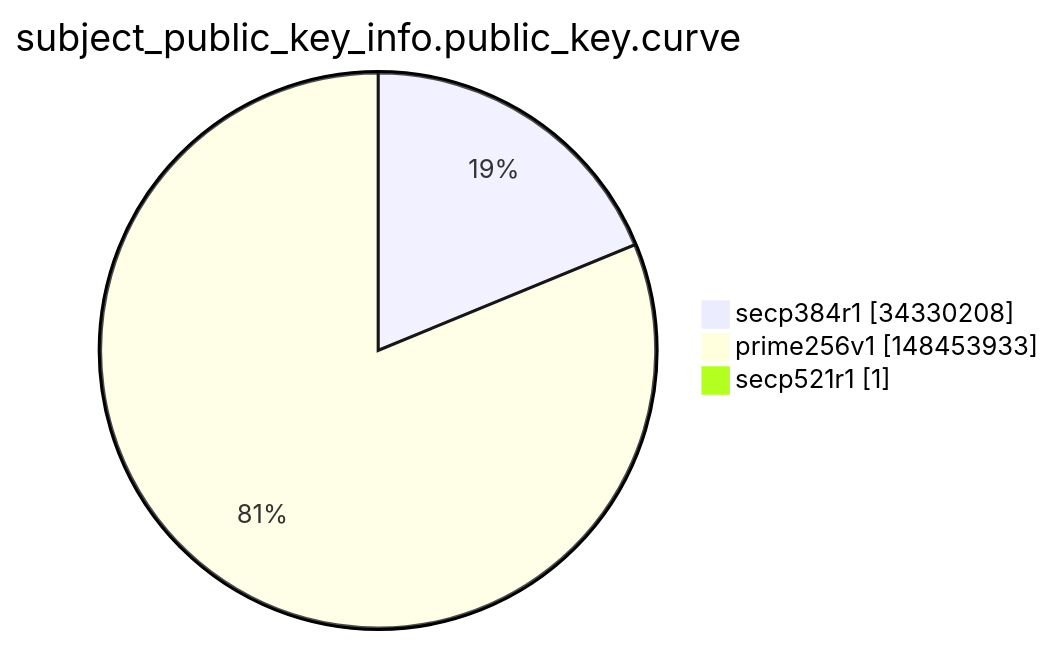
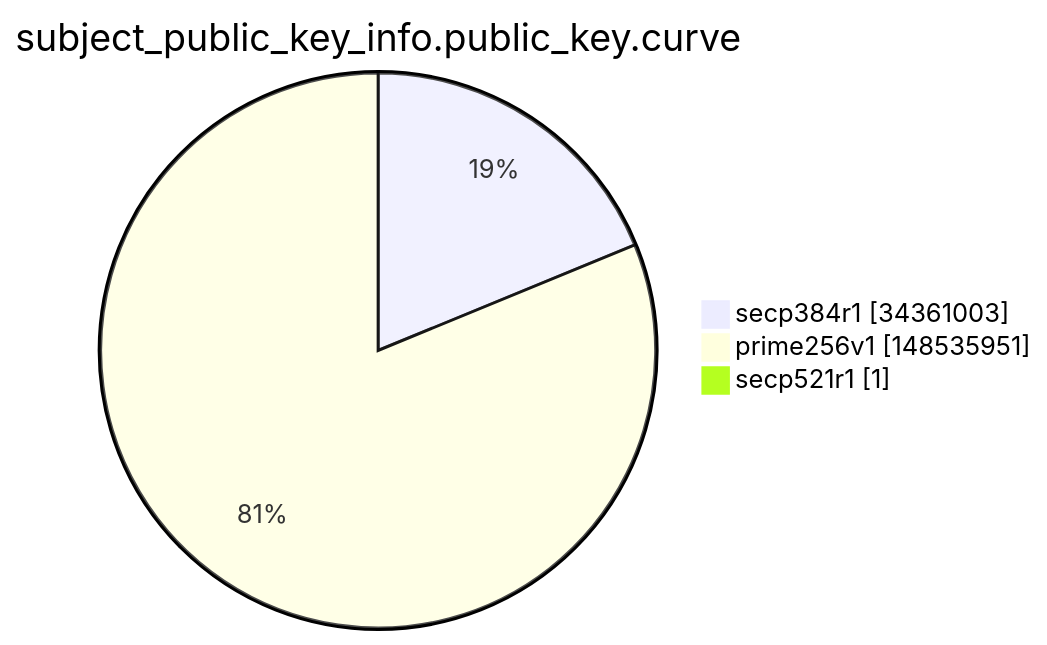
One commit to christiankrug/ctmonitor_visualization changed the ninth of 15 diagrams in argon2022/README.md. Above: the diagram before and after it, drawn with Mermaid. The commit also changed other lines of this file, not shown here.

````diff
--- a/argon2022/README.md
+++ b/argon2022/README.md
@@ -2764,7 +2764,7 @@
 ```mermaid
 pie showData
 title subject_public_key_info.public_key.curve
-"secp384r1" :34330208
-"prime256v1" :148453933
+"secp384r1" :34361003
+"prime256v1" :148535951
 "secp521r1" :1
 ```
````
